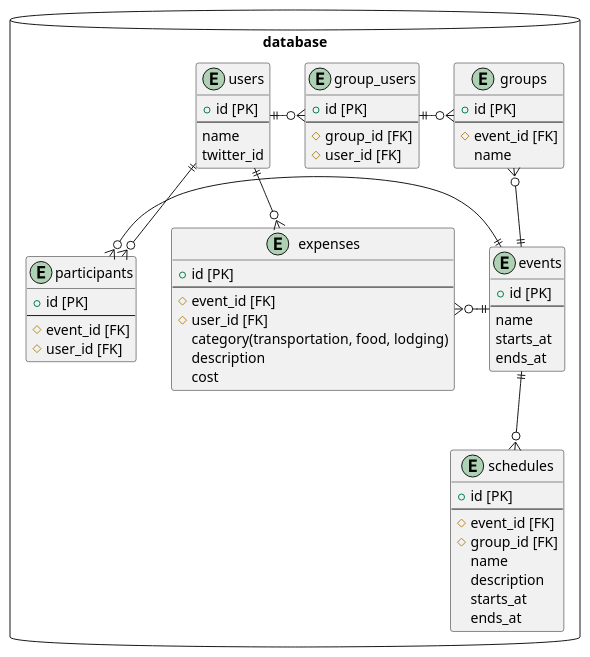
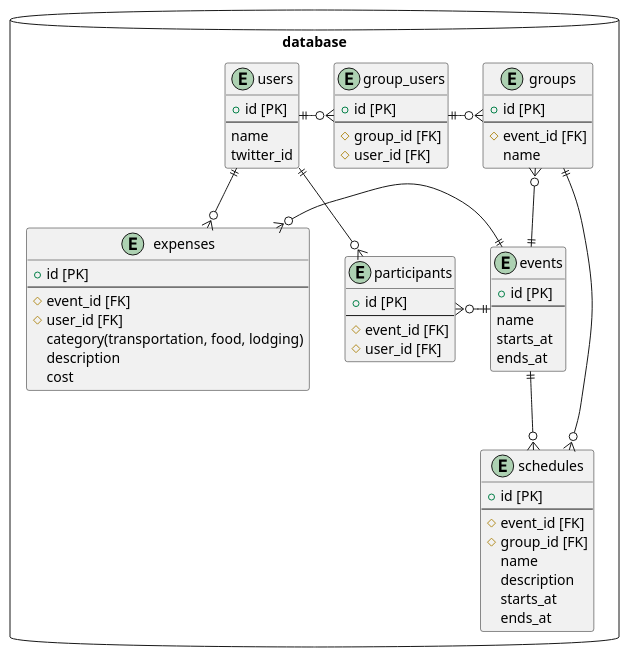
The diagram in docs/schema.md (tomocrafter/tispa-backend), drawn with PlantUML before and after one commit.

Commit message:
docs: `groups`と`schedules`の関連定義漏れ修正

````diff
--- a/docs/schema.md
+++ b/docs/schema.md
@@ -3,75 +3,77 @@
 ```plantuml
 @startuml
 
 package database <<Database>> {
   entity users {
     + id [PK]
     ---
     name
     twitter_id
   }
 
   entity events {
     + id [PK]
     ---
     name
     starts_at
     ends_at
   }
 
   entity participants {
     + id [PK]
     ---
     # event_id [FK]
     # user_id [FK]
   }
 
   entity groups {
     + id [PK]
     ---
     # event_id [FK]
     name
   }
 
   entity group_users {
     + id [PK]
     ---
     # group_id [FK]
     # user_id [FK]
   }
 
   entity schedules {
     + id [PK]
     ---
     # event_id [FK]
     # group_id [FK]
     name
     description
     starts_at
     ends_at
   }
 
   entity expenses {
     + id [PK]
     ---
     # event_id [FK]
     # user_id [FK]
     category(transportation, food, lodging)
     description
     cost
   }
 }
 
 users ||-d-o{ participants
 users ||-r-o{ group_users
 users ||-o{ expenses
 
 events ||-l-o{ participants
 events ||-u-o{ groups
 events ||-d-o{ schedules
 events ||-o{ expenses
 
+groups ||-o{ schedules
+
 group_users ||-o{ groups
 
 @enduml
 ```
````
